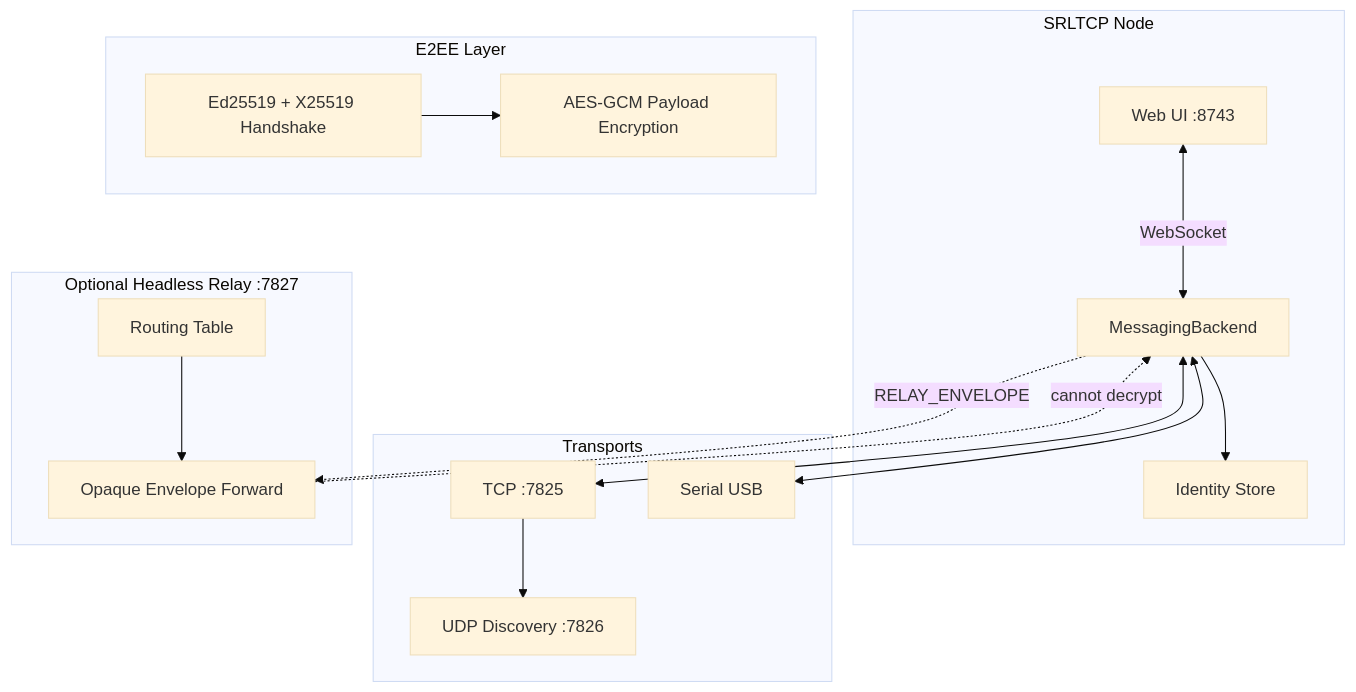
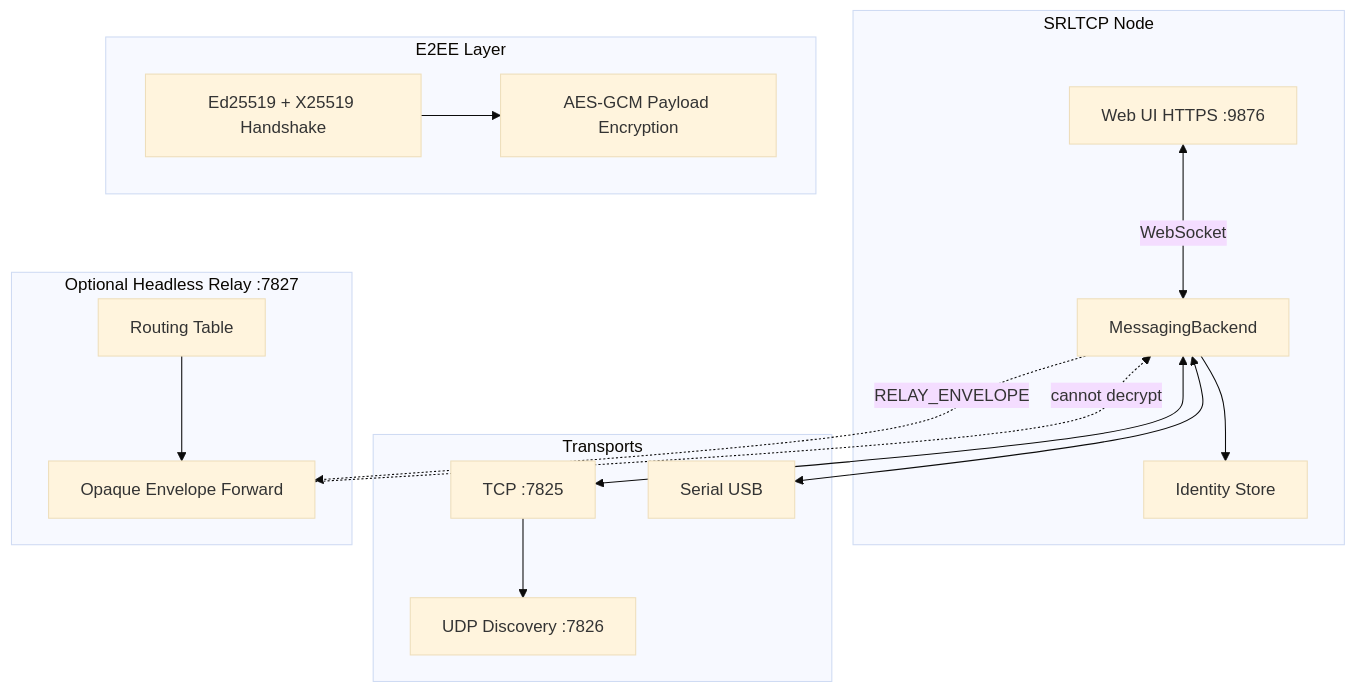
One commit to narl3yyy-svg/SRLTCP changed the diagram in README.md. Above: the diagram before and after it, drawn with Mermaid (base theme). The commit also changed other lines of this file and 32 other files, not shown here.

````diff
--- a/README.md
+++ b/README.md
@@ -62,35 +64,35 @@
 ```mermaid
 flowchart TB
     subgraph Node["SRLTCP Node"]
-        UI[Web UI :8743]
+        UI[Web UI HTTPS :9876]
         MB[MessagingBackend]
         ID[Identity Store]
         UI <-->|WebSocket| MB
         MB --> ID
     end
 
     subgraph Transports
         TCP[TCP :7825]
         SER[Serial USB]
         UDP[UDP Discovery :7826]
     end
 
     subgraph Crypto["E2EE Layer"]
         HS[Ed25519 + X25519 Handshake]
         AES[AES-GCM Payload Encryption]
         HS --> AES
     end
 
     MB <--> TCP
     MB <--> SER
     TCP --> UDP
 
     subgraph Relay["Optional Headless Relay :7827"]
         RT[Routing Table]
         FWD[Opaque Envelope Forward]
         RT --> FWD
     end
 
     MB -.->|RELAY_ENVELOPE| FWD
     FWD -.->|cannot decrypt| MB
 ```
````
